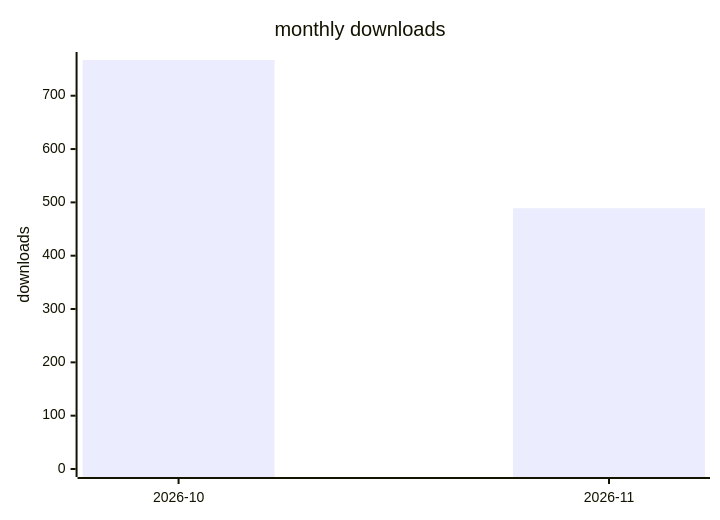
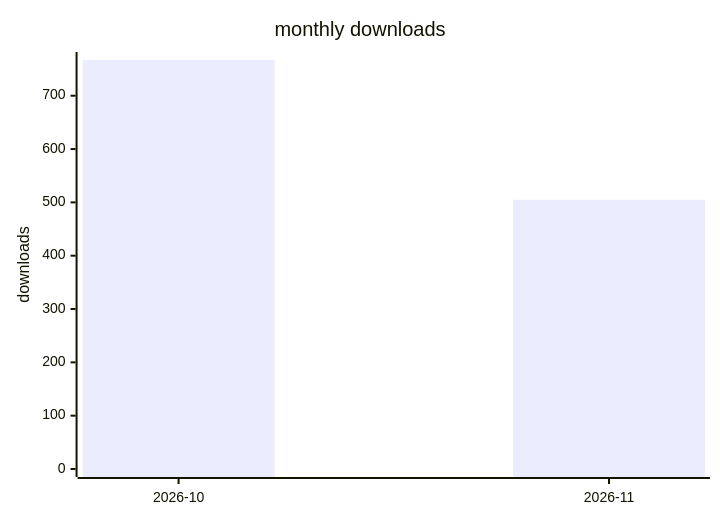
The second of 2 diagrams in docs/downloads-2026.md (terry2010/opencode-loop-recover), drawn with Mermaid before and after one commit. The commit also changed other lines of this file and 1 other file, not shown here.

````diff
--- a/docs/downloads-2026.md
+++ b/docs/downloads-2026.md
@@ -29,7 +29,7 @@
 ```mermaid
 xychart-beta
     title "monthly downloads"
     x-axis ["2026-10", "2026-11"]
     y-axis "downloads" 0 --> 767
-    bar [767, 489]
+    bar [767, 505]
 ```
````
